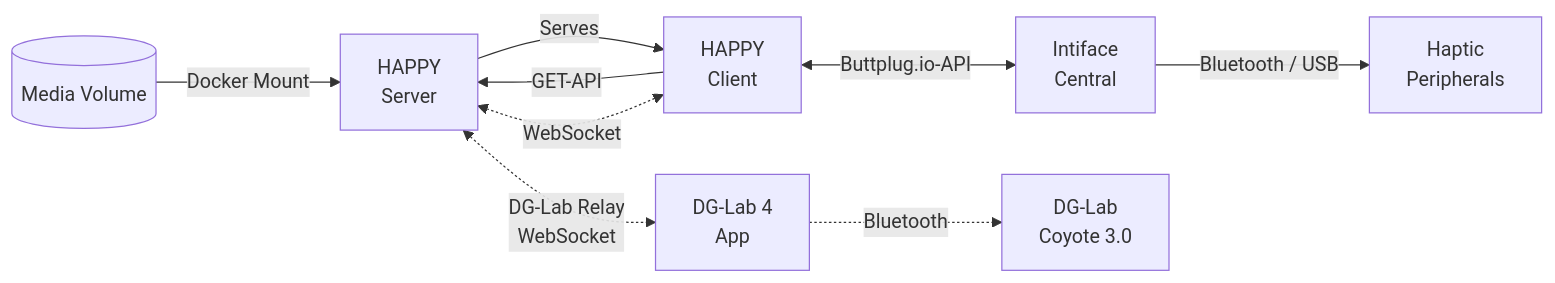
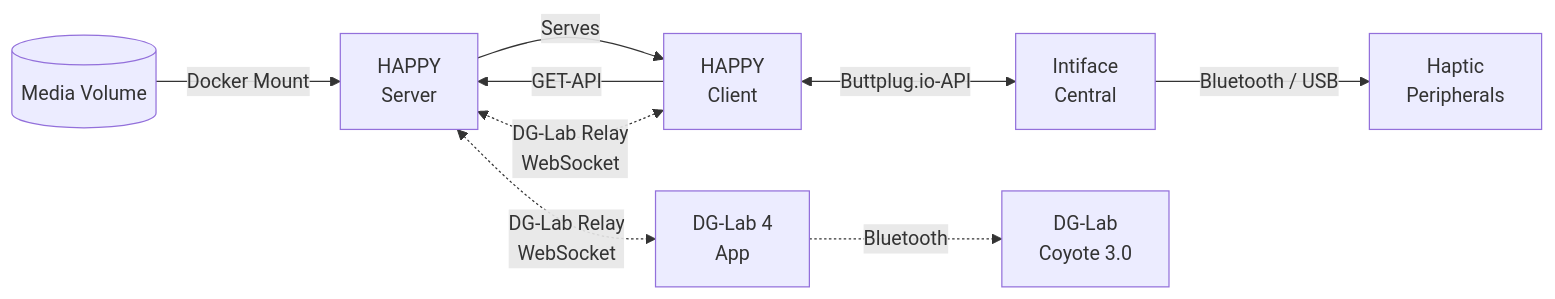
One commit to lumbar-spine-support/docker-haptic-player changed the diagram in docs/index.md. Above: the diagram before and after it, drawn with Mermaid.

Commit message:
minor mermaid diagram fix

````diff
--- a/docs/index.md
+++ b/docs/index.md
@@ -11,19 +11,19 @@
 ```mermaid
 flowchart LR
   Media[(Media Volume)]
   Client[HAPPY\nClient]
   HAPPY[HAPPY\nServer]
   Intiface[Intiface\nCentral]
   Toys[Haptic\nPeripherals]
   DGLab[DG-Lab 4\nApp]
   Coyote[DG-Lab\nCoyote 3.0]
 
   Client -->|GET-API| HAPPY
   HAPPY -->|Serves| Client
   Client <-->|Buttplug.io-API| Intiface
   Intiface -->|Bluetooth / USB| Toys
   Media -->|Docker Mount| HAPPY
-  Client <-.->|WebSocket| HAPPY
+  Client <-.->|DG-Lab Relay\nWebSocket| HAPPY
   HAPPY <-.->|DG-Lab Relay\nWebSocket| DGLab
   DGLab -.->|Bluetooth| Coyote
 ```
````
